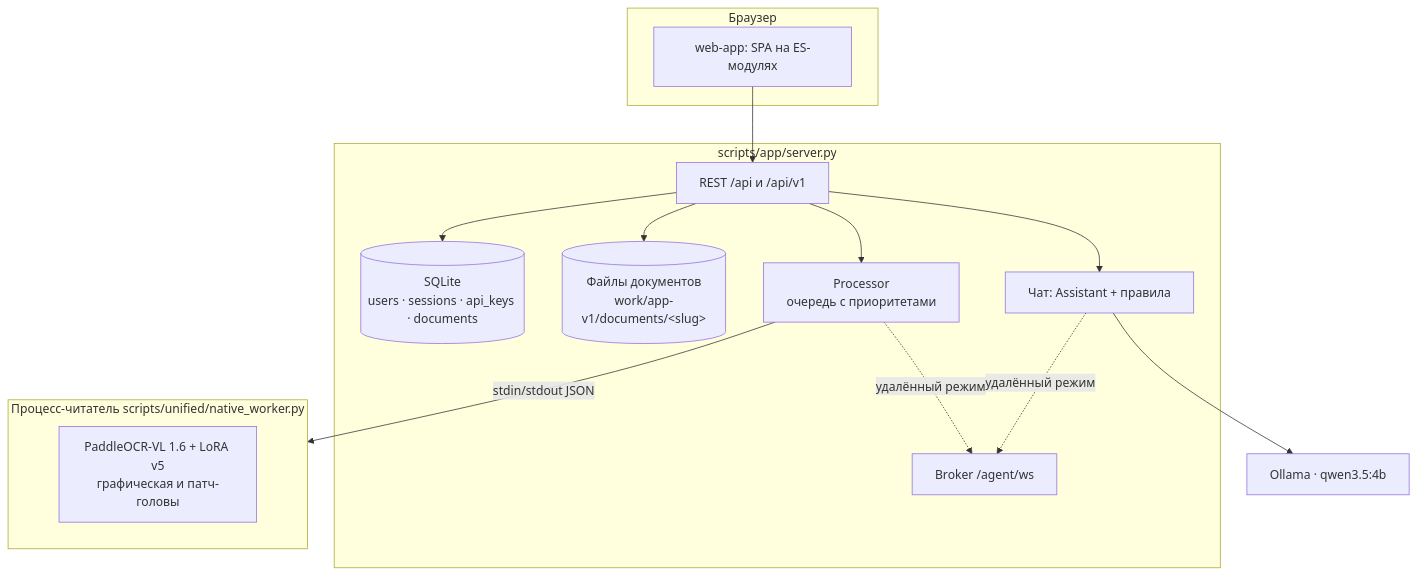
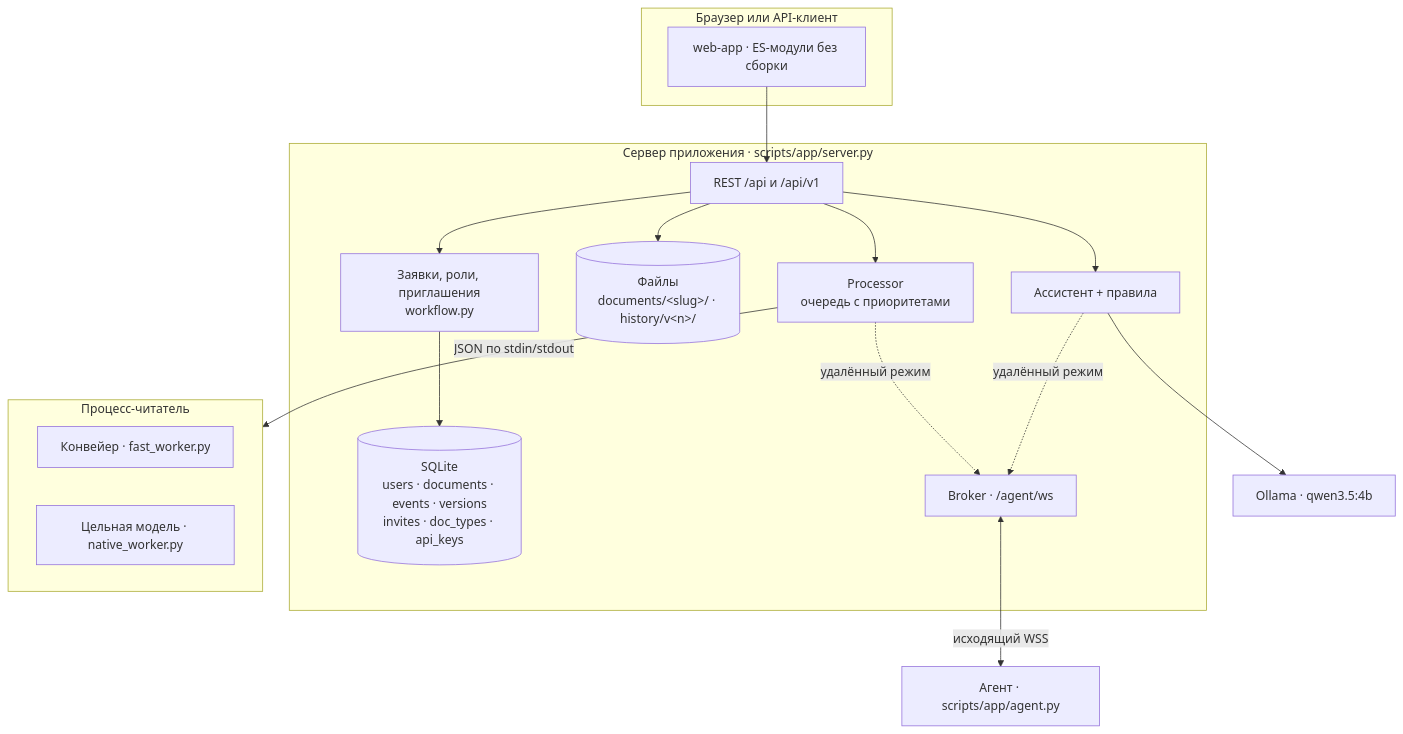
Before and after one commit to Stepa-Karpik/hack: the first of 3 diagrams in docs/architecture.md, drawn with Mermaid. The commit also changed other lines of this file and 19 other files, not shown here.

First line of the commit message:
Rewrite documentation: two engines, methods, model cards, security, API for applications

````diff
--- a/docs/architecture.md
+++ b/docs/architecture.md
@@ -13,28 +14,32 @@
 ```mermaid
 flowchart TB
-    subgraph Browser[Браузер]
-        SPA[web-app: SPA на ES-модулях]
+    subgraph Client[Браузер или API-клиент]
+        SPA[web-app · ES-модули без сборки]
     end
-    subgraph Server[scripts/app/server.py]
+    subgraph Server[Сервер приложения · scripts/app/server.py]
         API[REST /api и /api/v1]
-        Store[(SQLite<br/>users · sessions · api_keys · documents)]
-        Files[(Файлы документов<br/>work/app-v1/documents/&lt;slug&gt;)]
+        WF[Заявки, роли, приглашения<br/>workflow.py]
+        Store[(SQLite<br/>users · documents · events · versions<br/>invites · doc_types · api_keys)]
+        Files[(Файлы<br/>documents/&lt;slug&gt;/ · history/v&lt;n&gt;/)]
         Queue[Processor<br/>очередь с приоритетами]
-        Chat[Чат: Assistant + правила]
-        Broker[Broker /agent/ws]
+        Chat[Ассистент + правила]
+        Broker[Broker · /agent/ws]
     end
-    subgraph Reader[Процесс-читатель scripts/unified/native_worker.py]
-        Model[PaddleOCR-VL 1.6 + LoRA v5<br/>графическая и патч-головы]
+    subgraph Reader[Процесс-читатель]
+        Fast[Конвейер · fast_worker.py]
+        VLM[Цельная модель · native_worker.py]
     end
+    Agent[Агент · scripts/app/agent.py]
     Ollama[Ollama · qwen3.5:4b]
 
     SPA --> API
-    API --> Store
+    API --> WF --> Store
     API --> Files
     API --> Queue
     API --> Chat
-    Queue -->|stdin/stdout JSON| Reader
+    Queue -->|JSON по stdin/stdout| Reader
     Chat --> Ollama
     Queue -.удалённый режим.-> Broker
     Chat -.удалённый режим.-> Broker
+    Broker <-->|исходящий WSS| Agent
 ```
````
